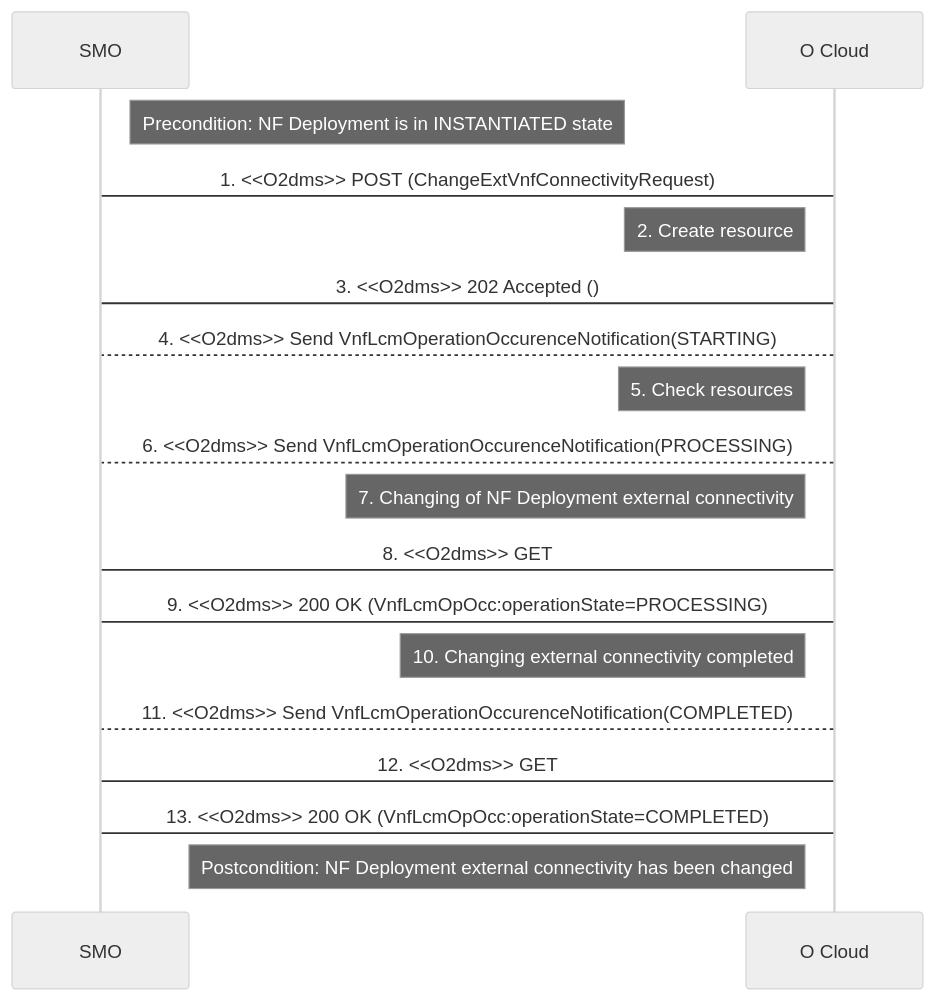
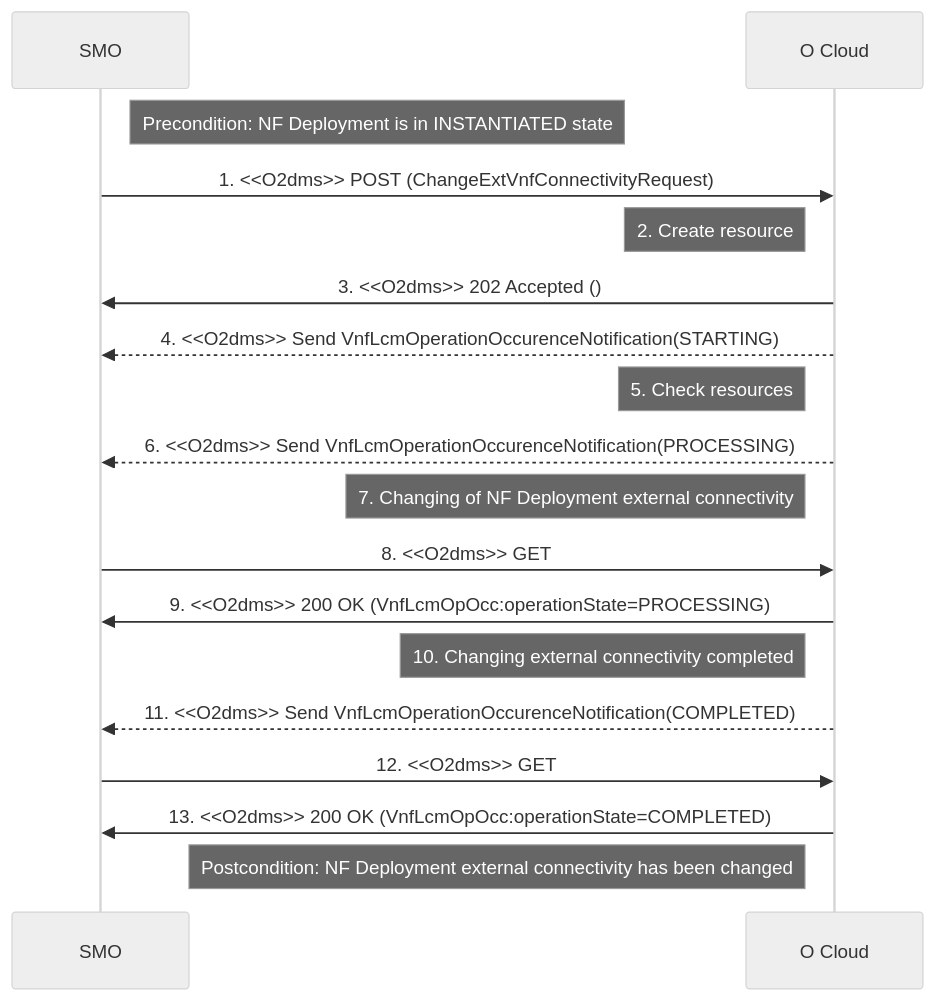
The eighth of 8 diagrams in O-RAN/O2 Interface/3_O2dms_Services.md (NTUST-BMW-Lab/documentation-book), drawn with Mermaid (neutral theme) before and after one commit. The commit also changed other lines of this file, not shown here.

````diff
--- a/O-RAN/O2 Interface/3_O2dms_Services.md
+++ b/O-RAN/O2 Interface/3_O2dms_Services.md
@@ -196,18 +196,18 @@
 ```mermaid
 sequenceDiagram
 Note right of SMO: Precondition: NF Deployment is in INSTANTIATED state
-SMO->O Cloud: 1. <<O2dms>> POST (ChangeExtVnfConnectivityRequest)
+SMO->>O Cloud: 1. <<O2dms>> POST (ChangeExtVnfConnectivityRequest)
 Note left of O Cloud: 2. Create resource
-O Cloud->SMO: 3. <<O2dms>> 202 Accepted ()
-O Cloud-->SMO: 4. <<O2dms>> Send VnfLcmOperationOccurenceNotification(STARTING)
+O Cloud->>SMO: 3. <<O2dms>> 202 Accepted ()
+O Cloud-->>SMO: 4. <<O2dms>> Send VnfLcmOperationOccurenceNotification(STARTING)
 Note left of O Cloud: 5. Check resources
-O Cloud-->SMO: 6. <<O2dms>> Send VnfLcmOperationOccurenceNotification(PROCESSING)
+O Cloud-->>SMO: 6. <<O2dms>> Send VnfLcmOperationOccurenceNotification(PROCESSING)
 Note left of O Cloud: 7. Changing of NF Deployment external connectivity
-SMO->O Cloud: 8. <<O2dms>> GET
-O Cloud->SMO: 9. <<O2dms>> 200 OK (VnfLcmOpOcc:operationState=PROCESSING)
+SMO->>O Cloud: 8. <<O2dms>> GET
+O Cloud->>SMO: 9. <<O2dms>> 200 OK (VnfLcmOpOcc:operationState=PROCESSING)
 Note left of O Cloud: 10. Changing external connectivity completed
-O Cloud-->SMO: 11. <<O2dms>> Send VnfLcmOperationOccurenceNotification(COMPLETED)
-SMO->O Cloud: 12. <<O2dms>> GET
-O Cloud->SMO: 13. <<O2dms>> 200 OK (VnfLcmOpOcc:operationState=COMPLETED)
+O Cloud-->>SMO: 11. <<O2dms>> Send VnfLcmOperationOccurenceNotification(COMPLETED)
+SMO->>O Cloud: 12. <<O2dms>> GET
+O Cloud->>SMO: 13. <<O2dms>> 200 OK (VnfLcmOpOcc:operationState=COMPLETED)
 Note left of O Cloud: Postcondition: NF Deployment external connectivity has been changed
 ```
````
